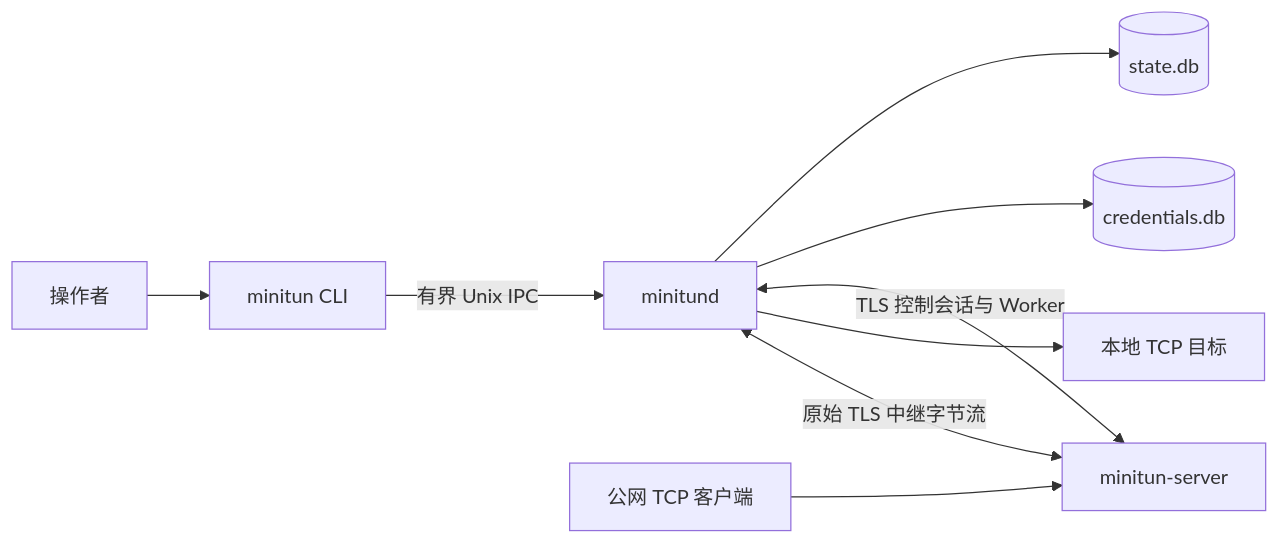
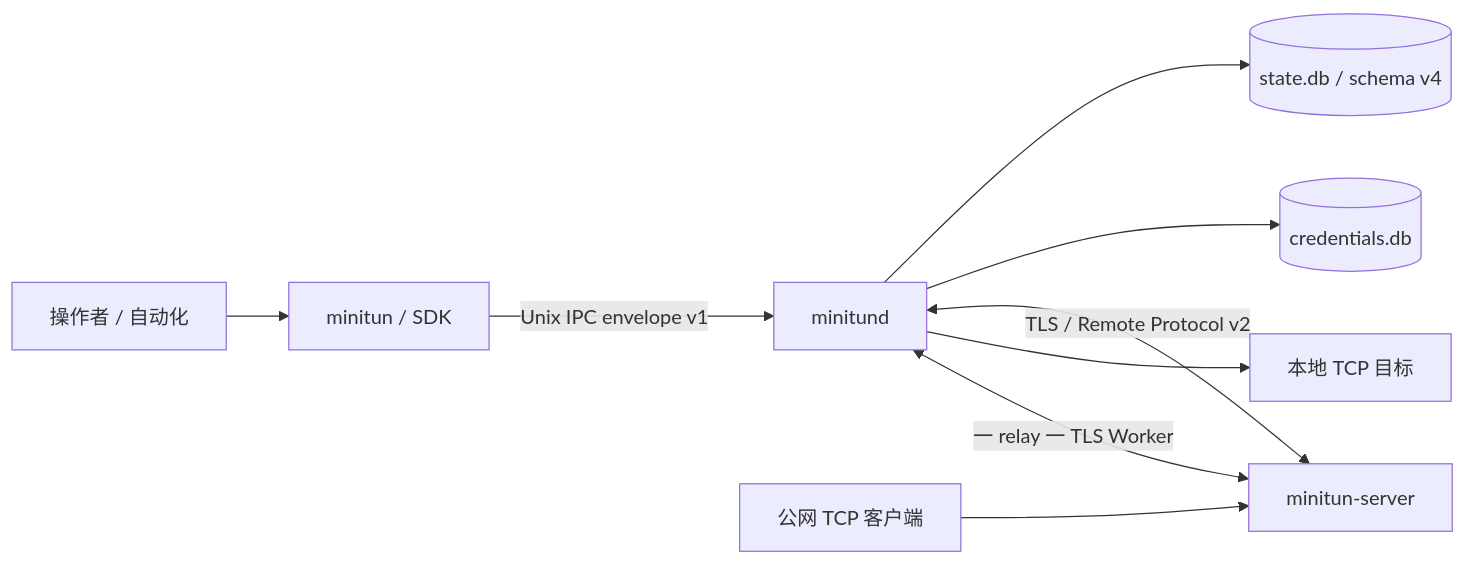
The diagram in docs/architecture.md (Albert-Li-Sz/MiniTUN), drawn with Mermaid before and after one commit. The commit also changed other lines of this file and 167 other files, not shown here.

````diff
--- a/docs/architecture.md
+++ b/docs/architecture.md
@@ -15,11 +10,11 @@
 ```mermaid
 flowchart LR
-    operator["操作者"] --> cli["minitun CLI"]
-    cli -->|"有界 Unix IPC"| daemon["minitund"]
-    daemon --> state[("state.db")]
-    daemon --> credentials[("credentials.db")]
-    daemon <-->|"TLS 控制会话与 Worker"| server["minitun-server"]
-    internet["公网 TCP 客户端"] --> server
-    server <-->|"原始 TLS 中继字节流"| daemon
-    daemon --> target["本地 TCP 目标"]
+    operator["操作者 / 自动化"] --> cli["minitun / SDK"]
+    cli -->|"Unix IPC envelope v1"| daemon["minitund"]
+    daemon --> state[("state.db / schema v4")]
+    daemon --> secrets[("credentials.db")]
+    daemon <-->|"TLS / Remote Protocol v2"| server["minitun-server"]
+    public["公网 TCP 客户端"] --> server
+    server <-->|"一 relay 一 TLS Worker"| daemon
+    daemon --> local["本地 TCP 目标"]
 ```
````
